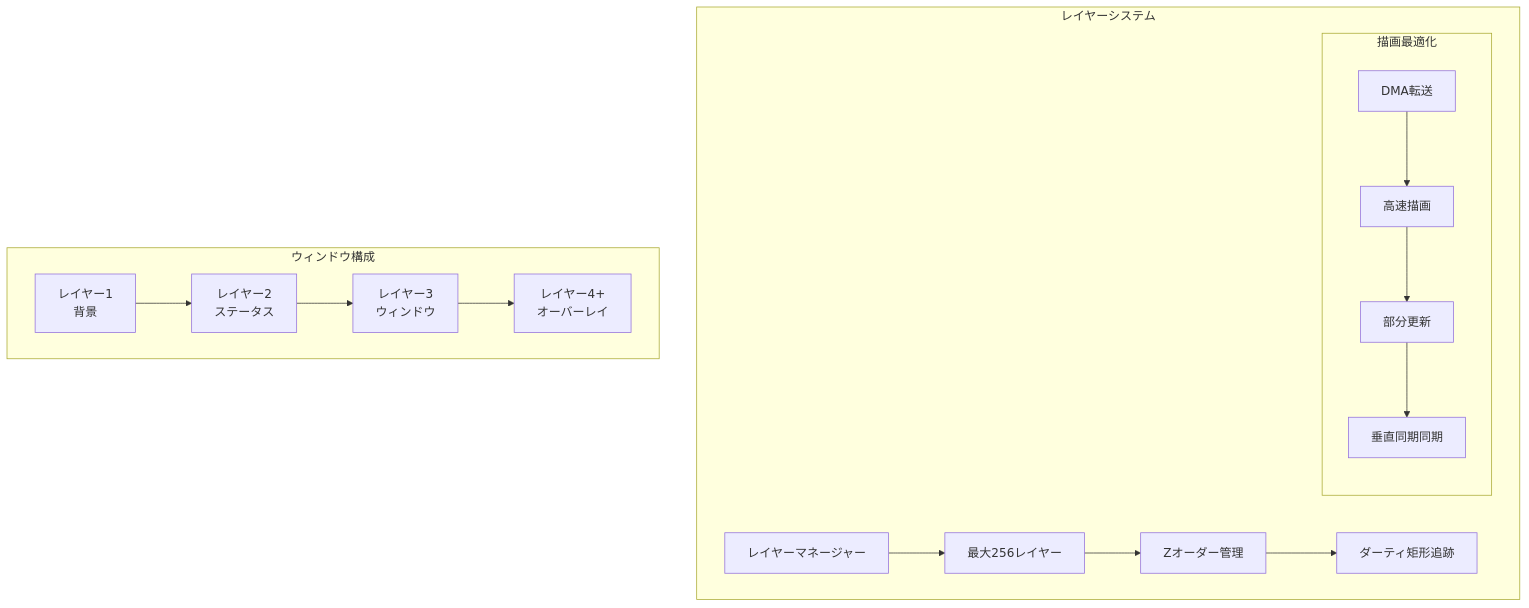
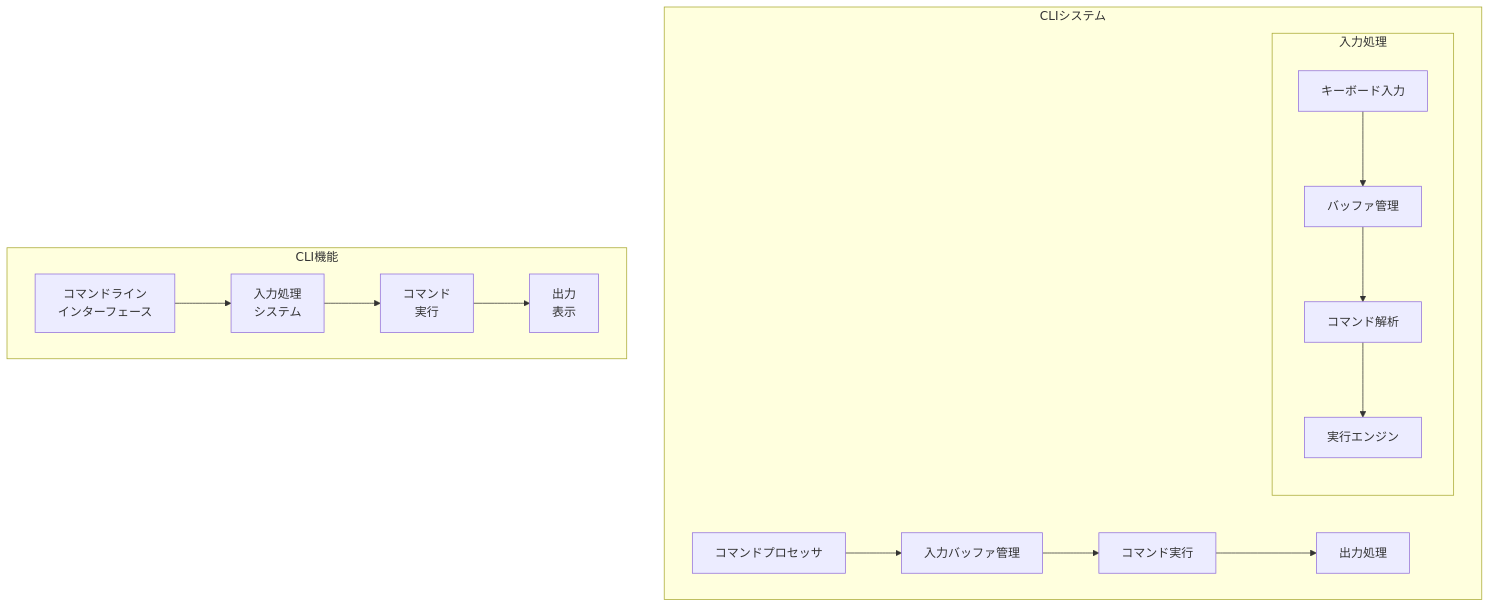
The fourth of 13 diagrams in ARCHITECTURE_jp.md (sokoide/ssos-68k), drawn with Mermaid before and after one commit. The commit also changed other lines of this file and 5 other files, not shown here.

````diff
--- a/ARCHITECTURE_jp.md
+++ b/ARCHITECTURE_jp.md
@@ -92,20 +92,20 @@
 ```mermaid
 graph TB
-    subgraph "レイヤーシステム"
-        A[レイヤーマネージャー] --> B[最大256レイヤー]
-        B --> C[Zオーダー管理]
-        C --> D[ダーティ矩形追跡]
+    subgraph "CLIシステム"
+        A[コマンドプロセッサ] --> B[入力バッファ管理]
+        B --> C[コマンド実行]
+        C --> D[出力処理]
 
-        subgraph "描画最適化"
-            E[DMA転送] --> F[高速描画]
-            F --> G[部分更新]
-            G --> H[垂直同期同期]
+        subgraph "入力処理"
+            E[キーボード入力] --> F[バッファ管理]
+            F --> G[コマンド解析]
+            G --> H[実行エンジン]
         end
     end
 
-    subgraph "ウィンドウ構成"
-        I[レイヤー1<br/>背景] --> J[レイヤー2<br/>ステータス]
-        J --> K[レイヤー3<br/>ウィンドウ]
-        K --> L[レイヤー4+<br/>オーバーレイ]
+    subgraph "CLI機能"
+        I[コマンドライン<br/>インターフェース] --> J[入力処理<br/>システム]
+        J --> K[コマンド<br/>実行]
+        K --> L[出力<br/>表示]
     end
 ```
````
